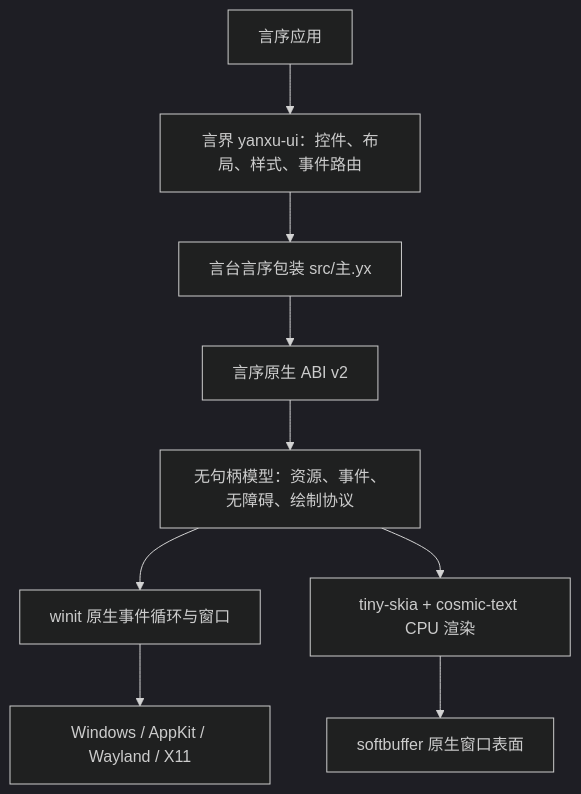
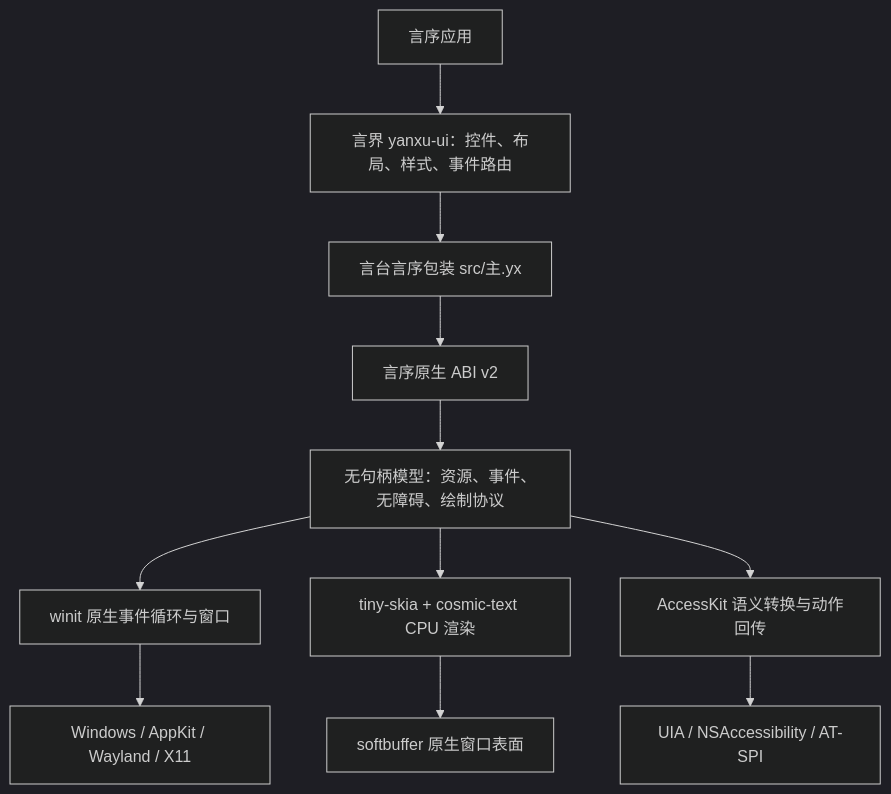
The diagram in docs/ARCHITECTURE.md (yanxulang/yanxu-platform), drawn with Mermaid (dark theme) before and after one commit. The commit also changed other lines of this file and 22 other files, not shown here.

````diff
--- a/docs/ARCHITECTURE.md
+++ b/docs/ARCHITECTURE.md
@@ -8,11 +8,13 @@
 ```mermaid
 flowchart TD
     A["言序应用"] --> B["言界 yanxu-ui：控件、布局、样式、事件路由"]
     B --> C["言台言序包装 src/主.yx"]
     C --> D["言序原生 ABI v2"]
     D --> E["无句柄模型：资源、事件、无障碍、绘制协议"]
     E --> F["winit 原生事件循环与窗口"]
     E --> G["tiny-skia + cosmic-text CPU 渲染"]
+    E --> J["AccessKit 语义转换与动作回传"]
     F --> H["Windows / AppKit / Wayland / X11"]
     G --> I["softbuffer 原生窗口表面"]
+    J --> K["UIA / NSAccessibility / AT-SPI"]
 ```
````
